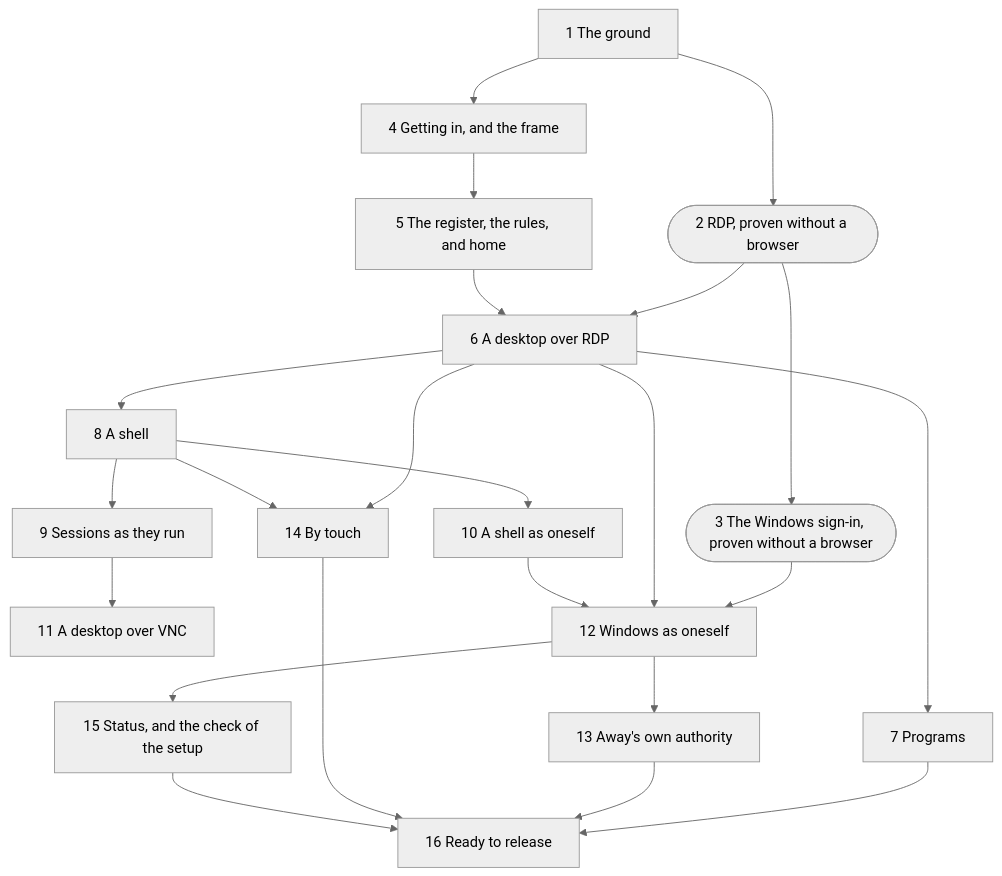
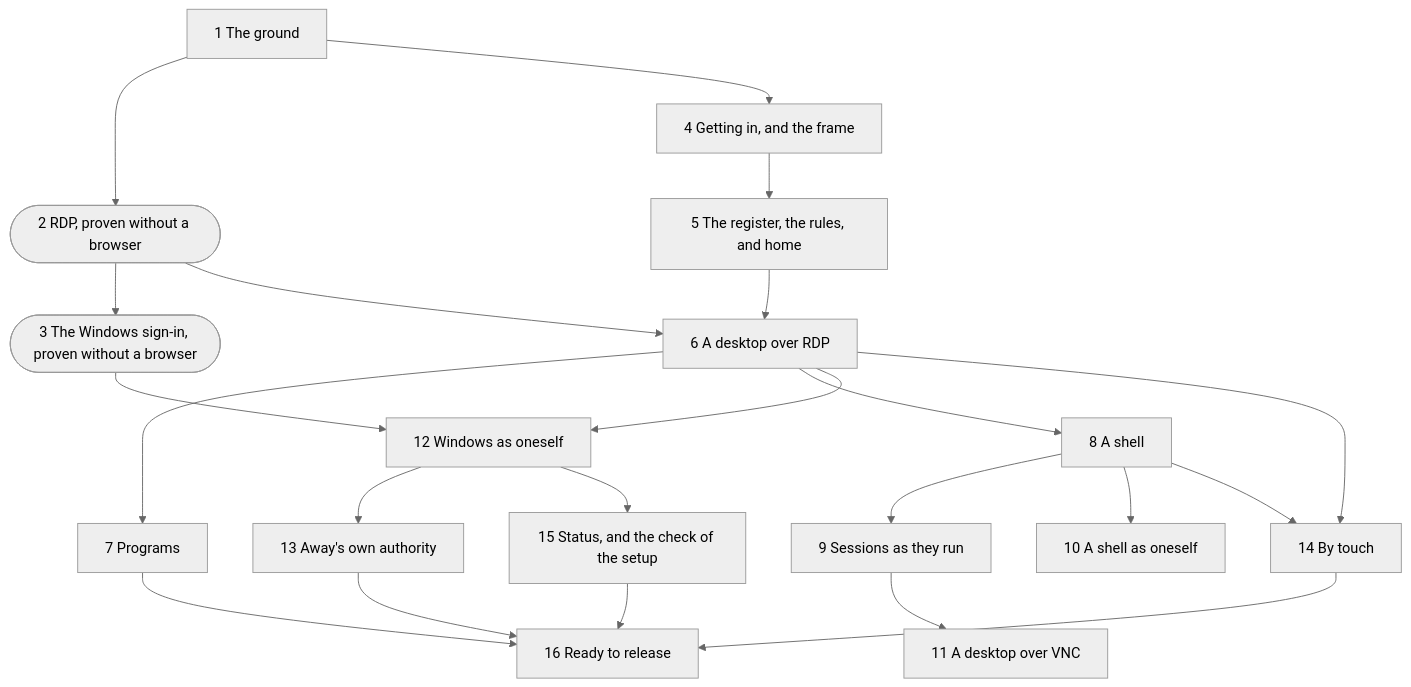
Before and after one commit to nalet/away: the diagram in spec/plan/README.md, drawn with Mermaid (neutral theme). The commit also changed other lines of this file and 3 other files, not shown here.

````diff
--- a/spec/plan/README.md
+++ b/spec/plan/README.md
@@ -38,41 +38,40 @@
 ```mermaid
 flowchart TD
   p01["1 The ground"]
   p02(["2 RDP, proven without a browser"])
   p03(["3 The Windows sign-in, proven without a browser"])
   p04["4 Getting in, and the frame"]
   p05["5 The register, the rules, and home"]
   p06["6 A desktop over RDP"]
   p07["7 Programs"]
   p08["8 A shell"]
   p09["9 Sessions as they run"]
   p10["10 A shell as oneself"]
   p11["11 A desktop over VNC"]
   p12["12 Windows as oneself"]
   p13["13 Away's own authority"]
   p14["14 By touch"]
   p15["15 Status, and the check of the setup"]
   p16["16 Ready to release"]
   p01 --> p02
   p02 --> p03
   p01 --> p04
   p04 --> p05
   p02 --> p06
   p05 --> p06
   p06 --> p07
   p06 --> p08
   p08 --> p09
   p08 --> p10
   p09 --> p11
   p03 --> p12
   p06 --> p12
-  p10 --> p12
   p12 --> p13
   p06 --> p14
   p08 --> p14
   p12 --> p15
   p07 --> p16
   p13 --> p16
   p14 --> p16
   p15 --> p16
 ```
````
